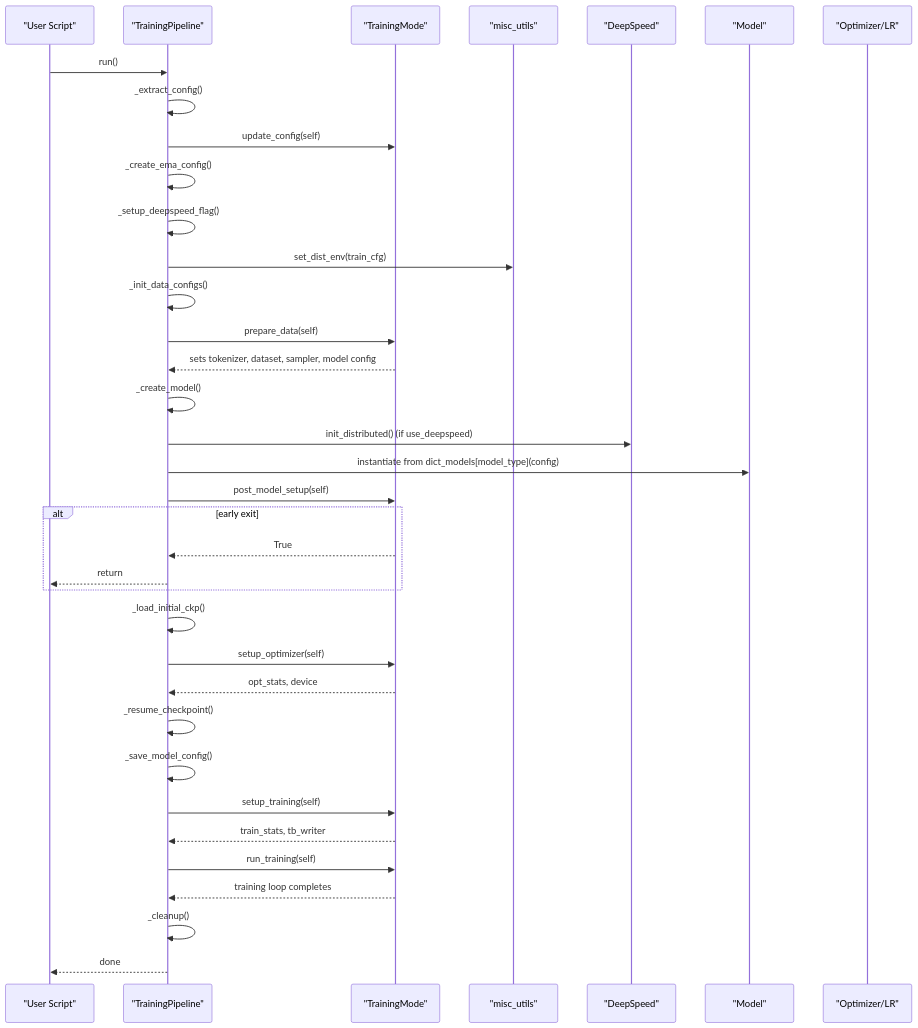
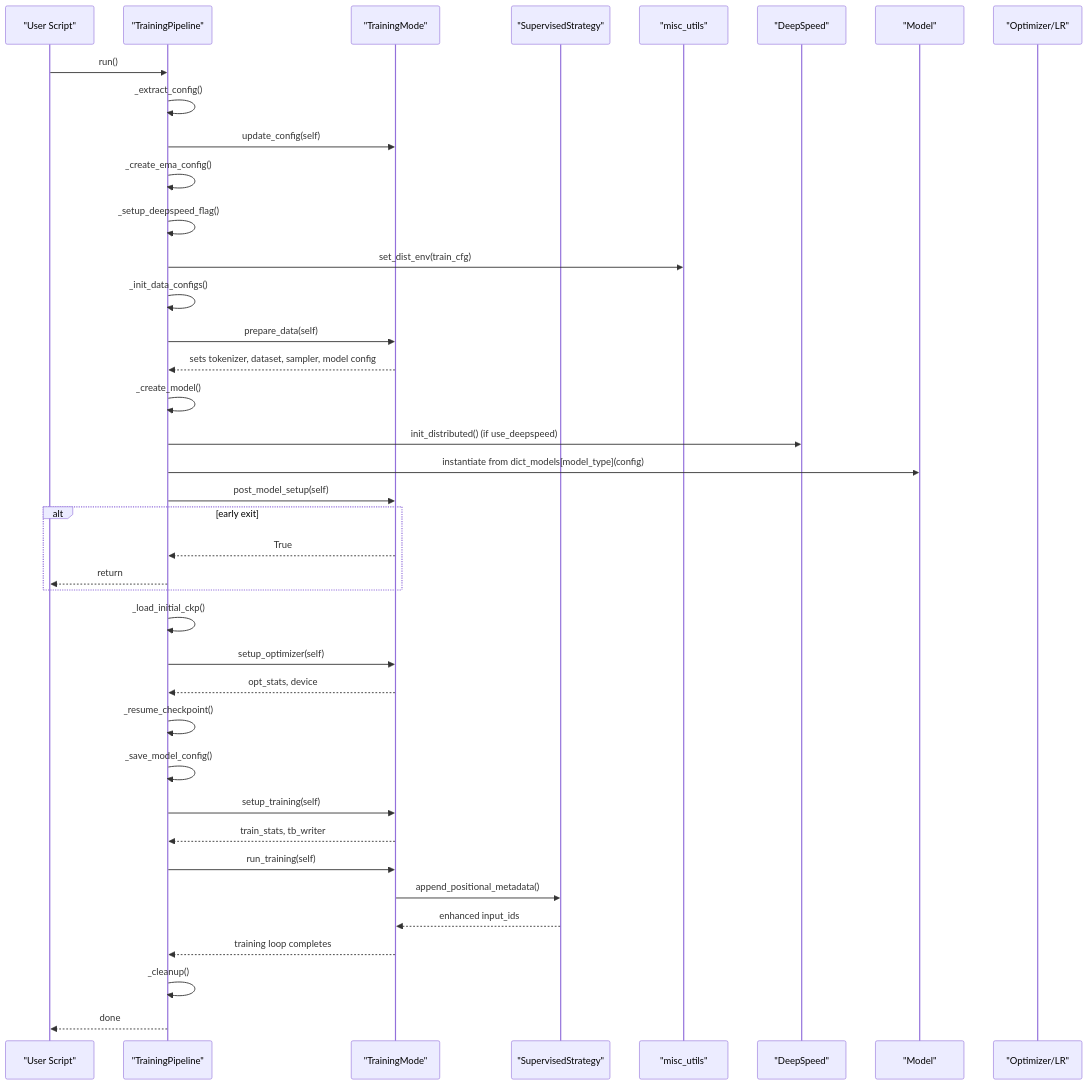
The third of 4 diagrams in .qoder/repowiki/en/content/Training Pipeline/Unified Pipeline Orchestration.md (alibaba/graph-gpt), drawn with Mermaid before and after one commit. The commit also changed other lines of this file and 7 other files, not shown here.

Commit message:
update graph-lvl bash files

````diff
--- a/.qoder/repowiki/en/content/Training Pipeline/Unified Pipeline Orchestration.md
+++ b/.qoder/repowiki/en/content/Training Pipeline/Unified Pipeline Orchestration.md
@@ -230,38 +270,41 @@
 ```mermaid
 sequenceDiagram
 participant User as "User Script"
 participant TP as "TrainingPipeline"
 participant Mode as "TrainingMode"
+participant STS as "SupervisedStrategy"
 participant MU as "misc_utils"
 participant DS as "DeepSpeed"
 participant Model as "Model"
 participant Opt as "Optimizer/LR"
 User->>TP : run()
 TP->>TP : _extract_config()
 TP->>Mode : update_config(self)
 TP->>TP : _create_ema_config()
 TP->>TP : _setup_deepspeed_flag()
 TP->>MU : set_dist_env(train_cfg)
 TP->>TP : _init_data_configs()
 TP->>Mode : prepare_data(self)
 Mode-->>TP : sets tokenizer, dataset, sampler, model config
 TP->>TP : _create_model()
 TP->>DS : init_distributed() (if use_deepspeed)
 TP->>Model : instantiate from dict_models[model_type](config)
 TP->>Mode : post_model_setup(self)
 alt early exit
 Mode-->>TP : True
 TP-->>User : return
 end
 TP->>TP : _load_initial_ckp()
 TP->>Mode : setup_optimizer(self)
 Mode-->>TP : opt_stats, device
 TP->>TP : _resume_checkpoint()
 TP->>TP : _save_model_config()
 TP->>Mode : setup_training(self)
 Mode-->>TP : train_stats, tb_writer
 TP->>Mode : run_training(self)
+Mode->>STS : append_positional_metadata()
+STS-->>Mode : enhanced input_ids
 Mode-->>TP : training loop completes
 TP->>TP : _cleanup()
 TP-->>User : done
 ```
````
